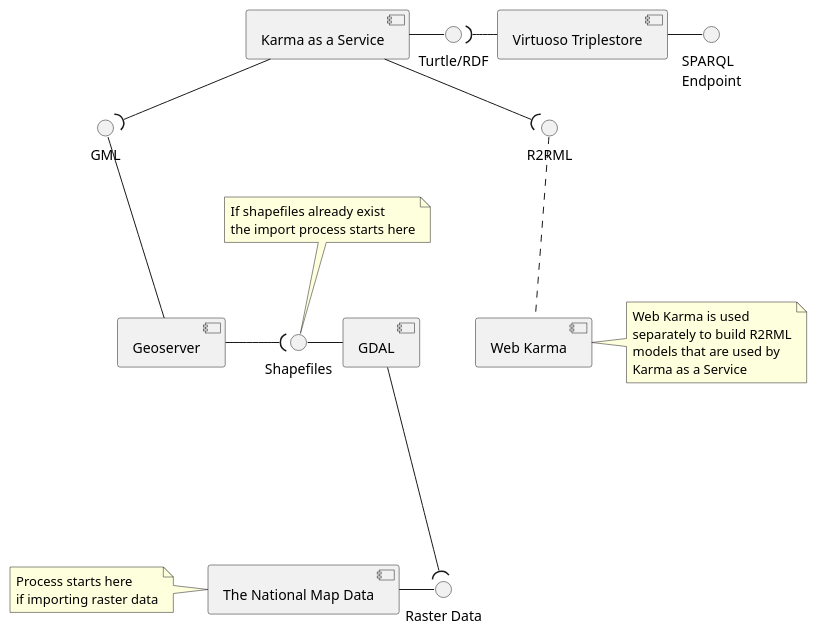
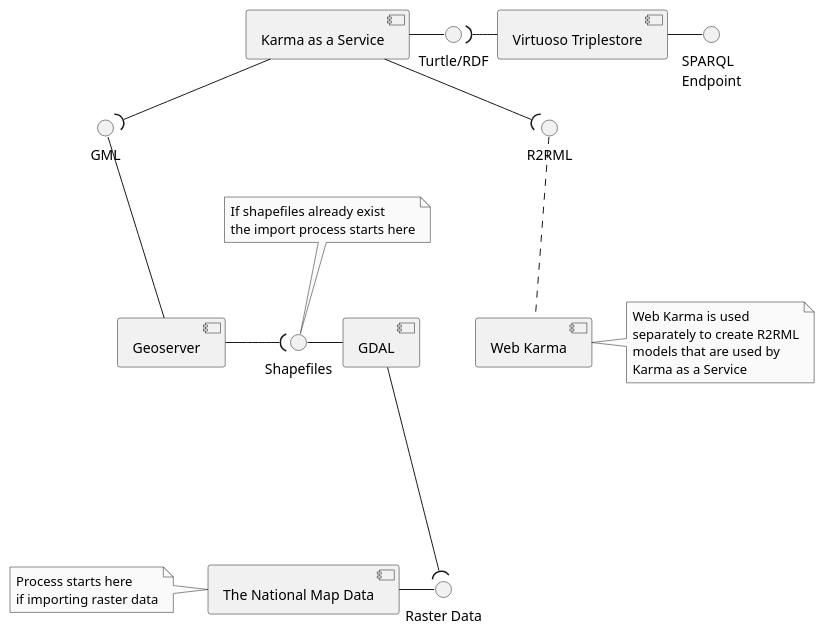
One commit to Jacoscript/mapkb-docker-container changed the diagram in makb-devops/diagrams/Import Process.wsd. Above: the diagram before and after it, drawn with PlantUML. The commit also changed 1 other file, not shown here.

Commit message:
Made some additional changes to make component diagram easier to print

```diff
--- a/makb-devops/diagrams/Import Process.wsd
+++ b/makb-devops/diagrams/Import Process.wsd
@@ -1,42 +1,43 @@
 @startuml "MapKB Data Import Process"
+skinparam monochrome true
 interface "SPARQL\nEndpoint" as sparql
 interface "Raster Data" as raster
 interface GML as gml
 interface R2RML as r2rml
 interface "Turtle/RDF" as rdf
 interface "Shapefiles" as shapefiles
 [Virtuoso Triplestore] as virtuoso
 [Geoserver] as geoserver
 [Karma as a Service] as kaas
 [Web Karma] as wk
 [GDAL] as gdal
 [The National Map Data] as tnm
 wk --[hidden]-- kaas
 geoserver --[hidden]-- kaas
 gdal --[hidden]-- tnm
 kaas -( gml
 gml - geoserver
 r2rml . wk
 kaas -( r2rml
 kaas - rdf
 rdf )- virtuoso
 shapefiles - gdal
 geoserver -( shapefiles
 tnm - raster
 raster )- gdal
 virtuoso - sparql
 note right of wk
     Web Karma is used 
-    separately to build R2RML
+    separately to create R2RML
     models that are used by
     Karma as a Service 
 end note
 note left of tnm
     Process starts here 
     if importing raster data
 end note
 note top of shapefiles
     If shapefiles already exist 
     the import process starts here
 end note
 @enduml
```
